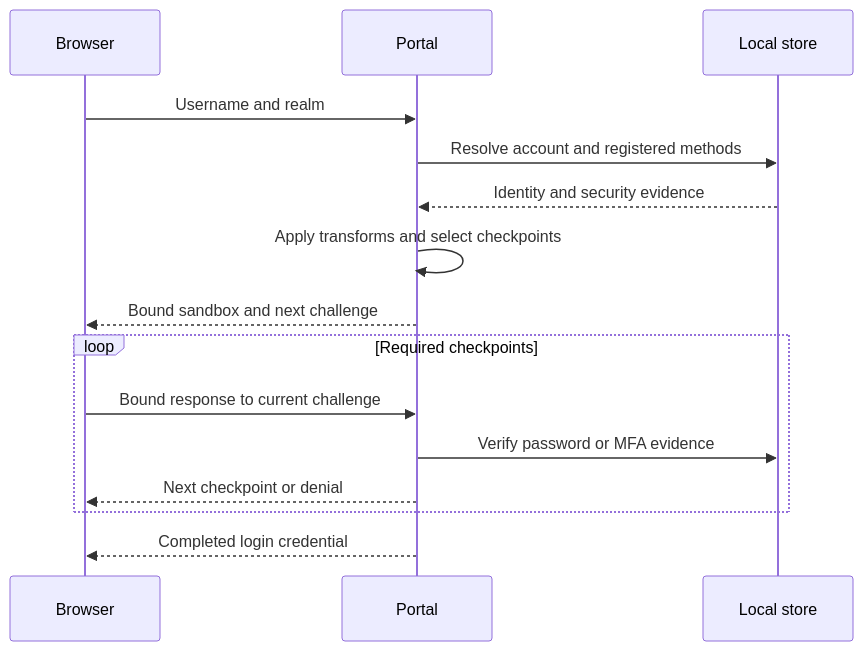
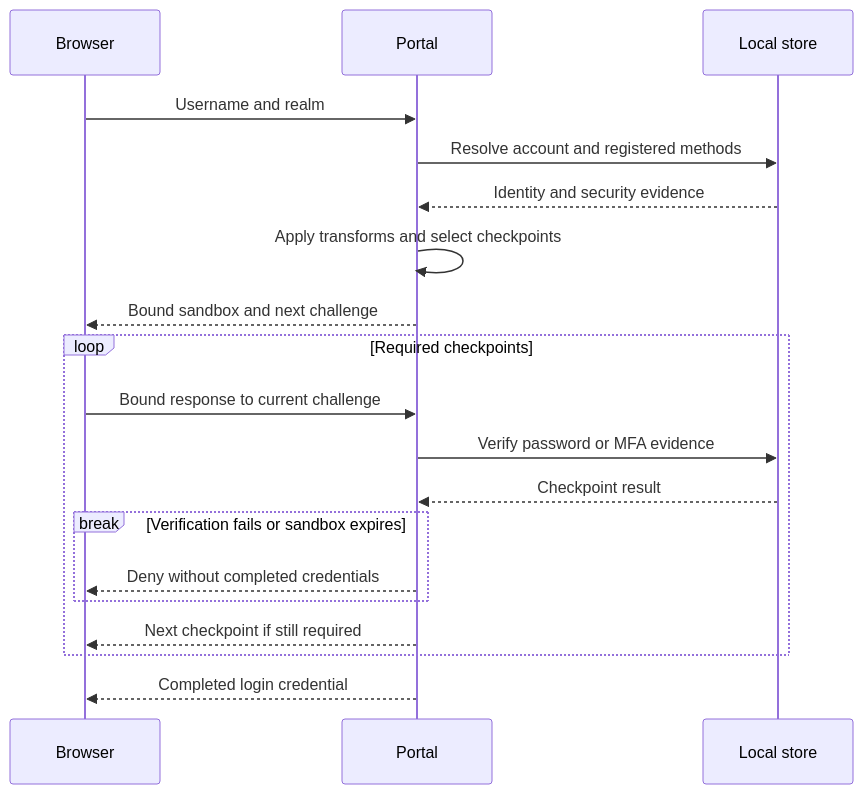
The diagram in docs/authenticate/95-dev.md (authcrunch/authcrunch.github.io), drawn with Mermaid before and after one commit. The commit also changed 183 other files, not shown here.

````diff
--- a/docs/authenticate/95-dev.md
+++ b/docs/authenticate/95-dev.md
@@ -23,19 +23,23 @@
 ```mermaid
 sequenceDiagram
     accTitle: Account identification precedes proof of ownership
     accDescr: The portal resolves an account and selects checkpoints before verifying each response. Only completed required checkpoints issue a login credential; a username, challenge, or enrollment alone is not authentication evidence.
     participant Browser
     participant Portal
     participant Store as Local store
     Browser->>Portal: Username and realm
     Portal->>Store: Resolve account and registered methods
     Store-->>Portal: Identity and security evidence
     Portal->>Portal: Apply transforms and select checkpoints
     Portal-->>Browser: Bound sandbox and next challenge
     loop Required checkpoints
         Browser->>Portal: Bound response to current challenge
         Portal->>Store: Verify password or MFA evidence
-        Portal-->>Browser: Next checkpoint or denial
+        Store-->>Portal: Checkpoint result
+        break Verification fails or sandbox expires
+            Portal-->>Browser: Deny without completed credentials
+        end
+        Portal-->>Browser: Next checkpoint if still required
     end
     Portal-->>Browser: Completed login credential
 ```
````
